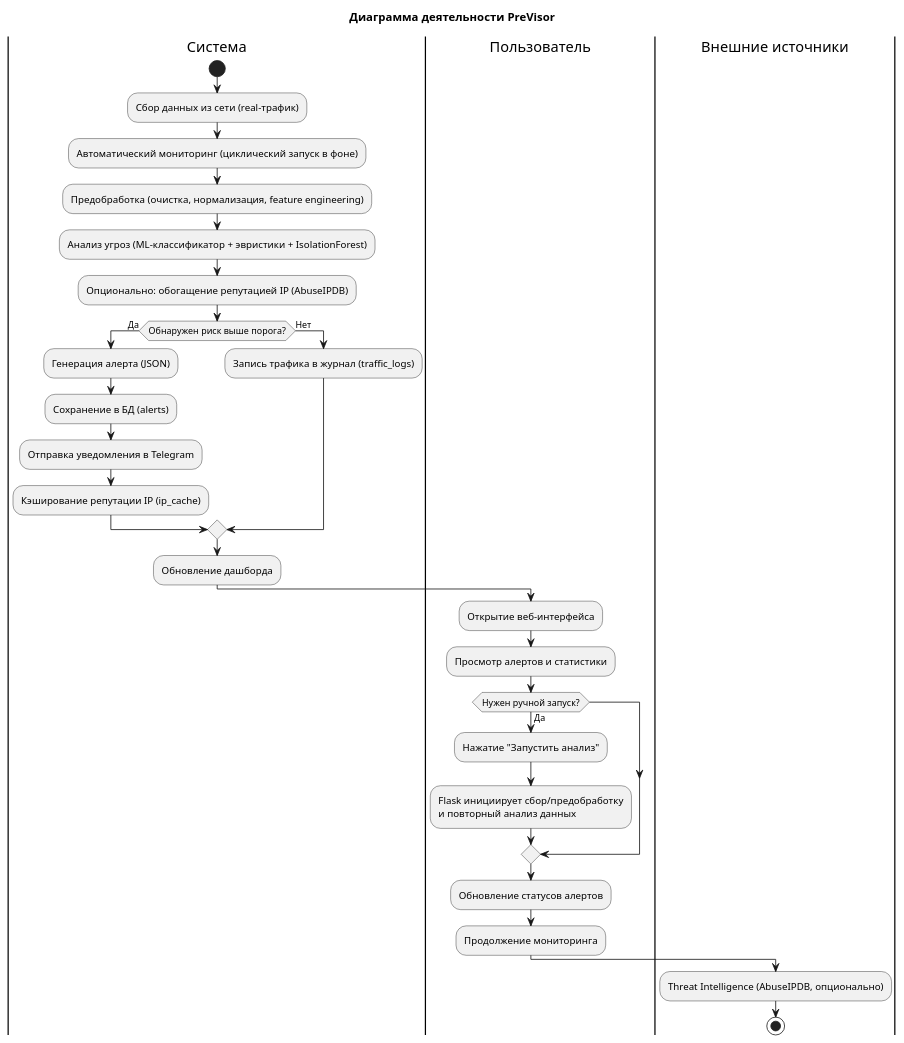
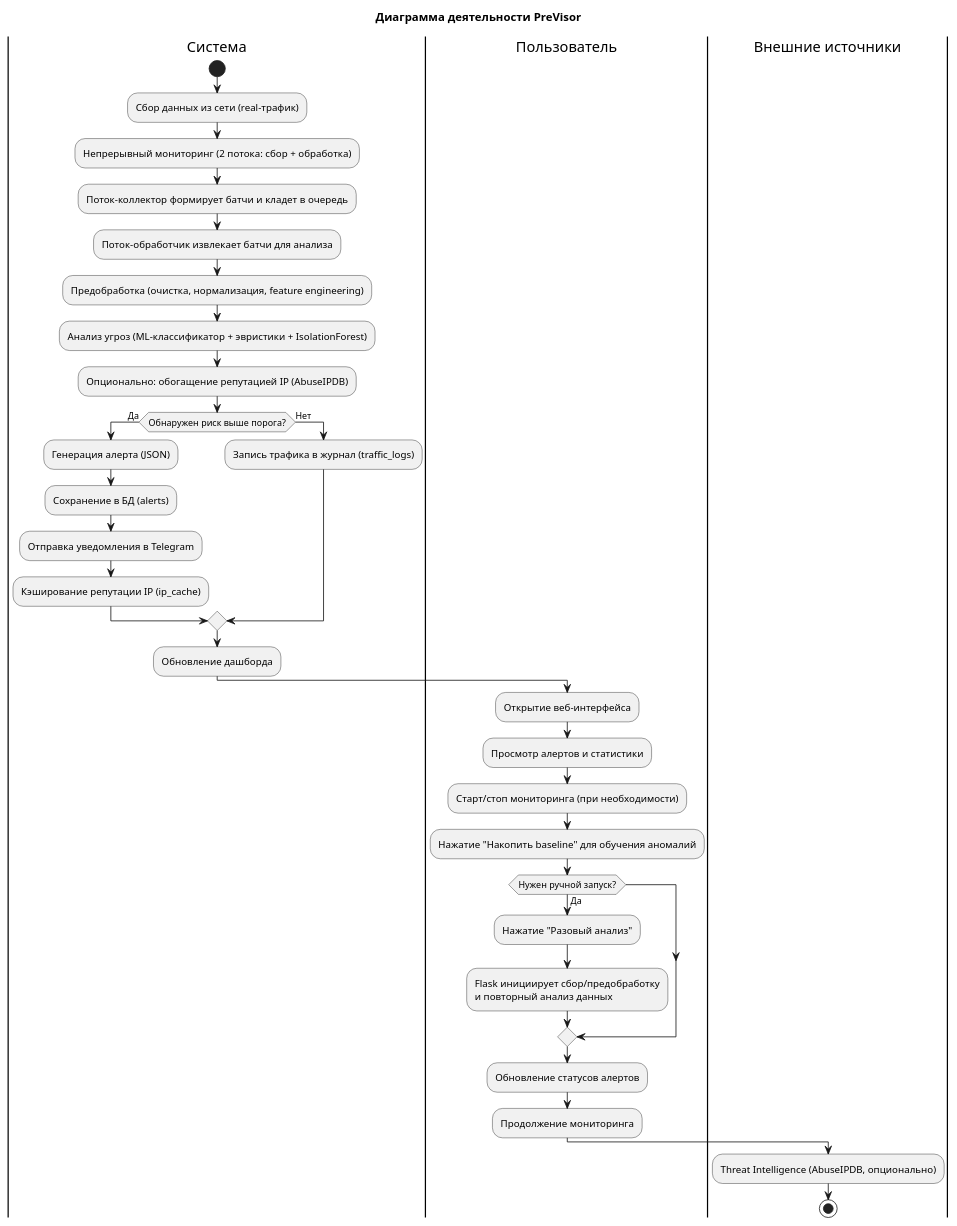
Before and after one commit to k00000tek/previsor: the diagram in static/previsor_activity_diagram.puml, drawn with PlantUML. The commit also changed 38 other files, not shown here.

```diff
--- a/static/previsor_activity_diagram.puml
+++ b/static/previsor_activity_diagram.puml
@@ -1,38 +1,42 @@
 @startuml
 'https://plantuml.com/activity-diagram
 title Диаграмма деятельности PreVisor
 
 |Система|
 start
 :Сбор данных из сети (real-трафик);
-:Автоматический мониторинг (циклический запуск в фоне);
+:Непрерывный мониторинг (2 потока: сбор + обработка);
+:Поток-коллектор формирует батчи и кладет в очередь;
+:Поток-обработчик извлекает батчи для анализа;
 :Предобработка (очистка, нормализация, feature engineering);
 :Анализ угроз (ML-классификатор + эвристики + IsolationForest);
 :Опционально: обогащение репутацией IP (AbuseIPDB);
 
 if (Обнаружен риск выше порога?) then (Да)
   :Генерация алерта (JSON);
   :Сохранение в БД (alerts);
   :Отправка уведомления в Telegram;
   :Кэширование репутации IP (ip_cache);
 else (Нет)
   :Запись трафика в журнал (traffic_logs);
 endif
 :Обновление дашборда;
 
 |Пользователь|
 :Открытие веб-интерфейса;
 :Просмотр алертов и статистики;
+:Старт/стоп мониторинга (при необходимости);
+:Нажатие "Накопить baseline" для обучения аномалий;
 if (Нужен ручной запуск?) then (Да)
-  :Нажатие "Запустить анализ";
+  :Нажатие "Разовый анализ";
   :Flask инициирует сбор/предобработку
   и повторный анализ данных;
 endif
 :Обновление статусов алертов;
 :Продолжение мониторинга;
 
 |Внешние источники|
 :Threat Intelligence (AbuseIPDB, опционально);
 
 stop
 @enduml
```
